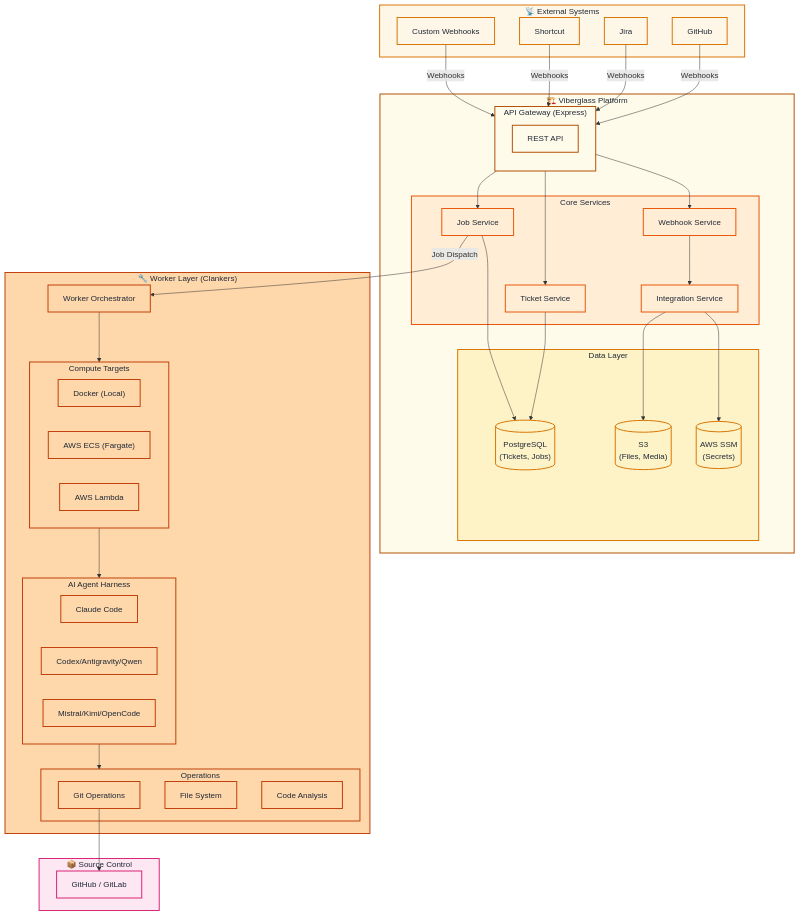
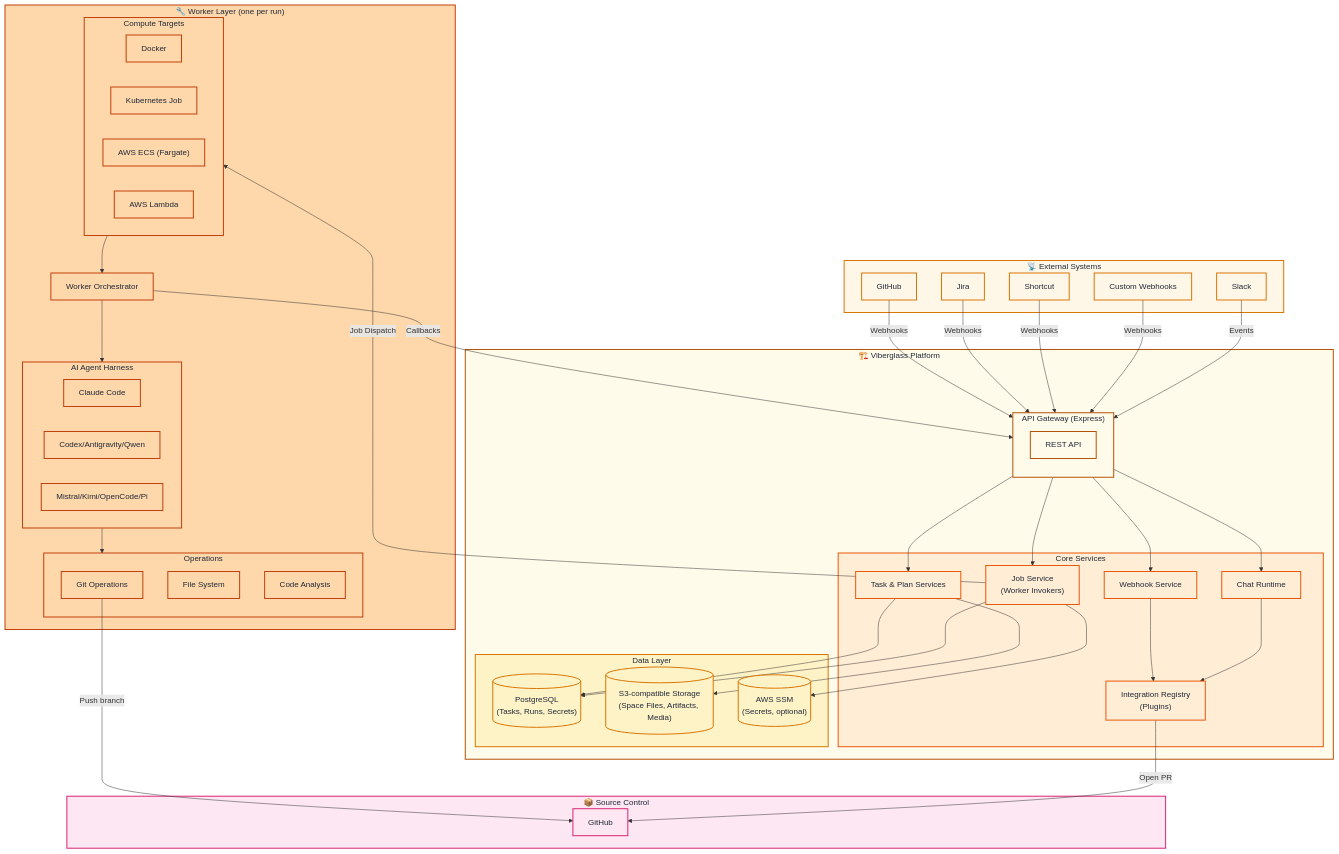
The first of 5 diagrams in docs/ARCHITECTURE.md (Ilities/viberglass), drawn with Mermaid before and after one commit. The commit also changed other lines of this file and 182 other files, not shown here.

Commit message:
Update documentation and bring scheduled tasks and Slack up to speed with files and artifacts

````diff
--- a/docs/ARCHITECTURE.md
+++ b/docs/ARCHITECTURE.md
@@ -39,6 +44,7 @@
         Jira["Jira"]
         SC["Shortcut"]
         WH["Custom Webhooks"]
+        Slack["Slack"]
     end
 
     subgraph Platform["🏗️ Viberglass Platform"]
@@ -48,24 +54,26 @@
         end
 
         subgraph Services["Core Services"]
-            TS["Ticket Service"]
-            JS["Job Service"]
+            TS["Task & Plan Services"]
+            JS["Job Service<br/>(Worker Invokers)"]
             WS["Webhook Service"]
-            IS["Integration Service"]
+            IS["Integration Registry<br/>(Plugins)"]
+            Chat["Chat Runtime"]
         end
 
         subgraph Data["Data Layer"]
-            PG[("PostgreSQL<br/>(Tickets, Jobs)")]
-            S3[("S3<br/>(Files, Media)")]
-            SSM[("AWS SSM<br/>(Secrets)")]
+            PG[("PostgreSQL<br/>(Tasks, Runs, Secrets)")]
+            S3[("S3-compatible Storage<br/>(Space Files, Artifacts, Media)")]
+            SSM[("AWS SSM<br/>(Secrets, optional)")]
         end
     end
 
-    subgraph Workers["🔧 Worker Layer (Clankers)"]
+    subgraph Workers["🔧 Worker Layer (one per run)"]
         Orchestrator["Worker Orchestrator"]
         
         subgraph Compute["Compute Targets"]
-            Docker["Docker (Local)"]
+            Docker["Docker"]
+            K8s["Kubernetes Job"]
             ECS["AWS ECS (Fargate)"]
             Lambda["AWS Lambda"]
         end
@@ -73,7 +81,7 @@
         subgraph Agent["AI Agent Harness"]
             A1["Claude Code"]
             A2["Codex/Antigravity/Qwen"]
-            A3["Mistral/Kimi/OpenCode"]
+            A3["Mistral/Kimi/OpenCode/Pi"]
         end
 
         subgraph Ops["Operations"]
@@ -84,7 +92,7 @@
     end
 
     subgraph SCM["📦 Source Control"]
-        GitHub["GitHub / GitLab"]
+        GitHub["GitHub"]
     end
 
     %% External to Platform
@@ -92,27 +100,32 @@
     Jira -->|"Webhooks"| Gateway
     SC -->|"Webhooks"| Gateway
     WH -->|"Webhooks"| Gateway
+    Slack -->|"Events"| Gateway
 
     %% API to Services
     Gateway --> TS
     Gateway --> JS
     Gateway --> WS
+    Gateway --> Chat
     WS --> IS
+    Chat --> IS
 
     %% Services to Data
     TS --> PG
+    TS --> S3
     JS --> PG
-    IS --> S3
-    IS --> SSM
+    JS --> SSM
 
     %% Platform to Workers
-    JS -->|"Job Dispatch"| Orchestrator
-    Orchestrator --> Compute
-    Compute --> Agent
+    JS -->|"Job Dispatch"| Compute
+    Compute --> Orchestrator
+    Orchestrator --> Agent
     Agent --> Ops
+    Orchestrator -->|"Callbacks"| Gateway
 
     %% Workers to SCM
-    Git --> GitHub
+    Git -->|"Push branch"| GitHub
+    IS -->|"Open PR"| GitHub
 
     %% Styling - Viberglass brand colors
     classDef external fill:#fef7e8,stroke:#d97706,stroke-width:2px,color:#1f2937
@@ -122,10 +135,10 @@
     classDef workers fill:#fed7aa,stroke:#c2410c,stroke-width:2px,color:#1f2937
     classDef scm fill:#fce7f3,stroke:#db2777,stroke-width:2px,color:#1f2937
 
-    class External,GH,Jira,SC,WH external
+    class External,GH,Jira,SC,WH,Slack external
     class Platform,API,Gateway platform
-    class Services,TS,JS,WS,IS services
+    class Services,TS,JS,WS,IS,Chat services
     class Data,PG,S3,SSM data
-    class Workers,Orchestrator,Compute,Docker,ECS,Lambda,Agent,A1,A2,A3,Ops,Git,FS,Code workers
+    class Workers,Orchestrator,Compute,Docker,K8s,ECS,Lambda,Agent,A1,A2,A3,Ops,Git,FS,Code workers
     class SCM,GitHub scm
 ```
````
